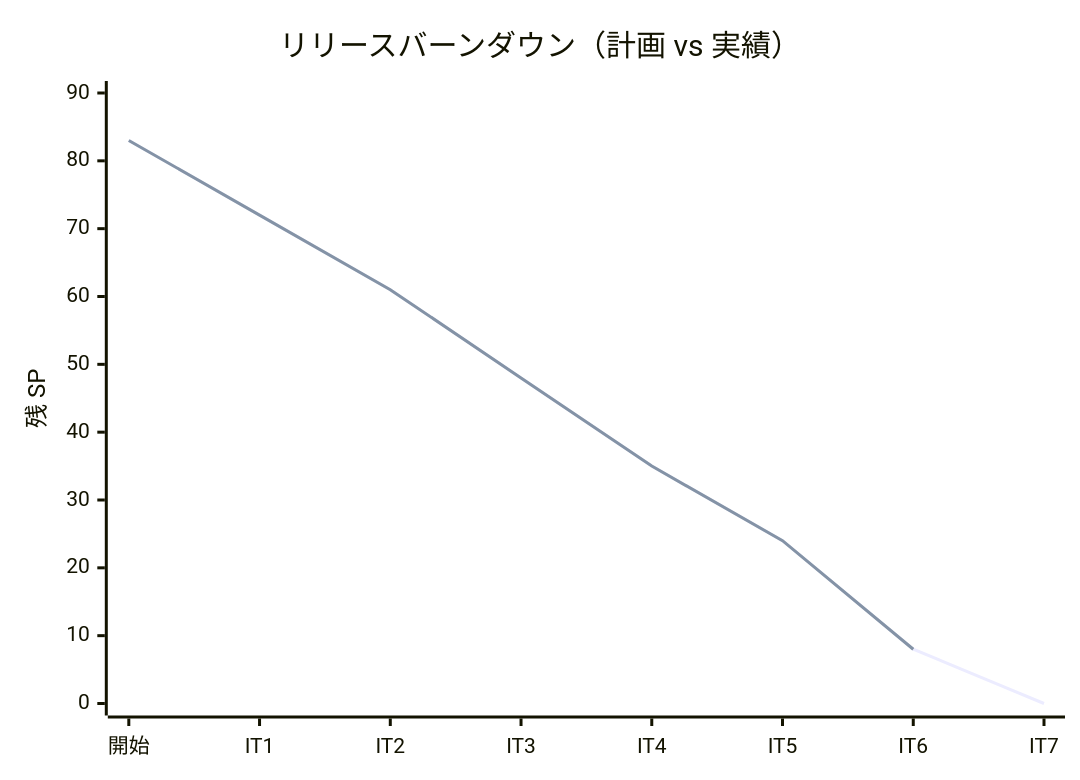
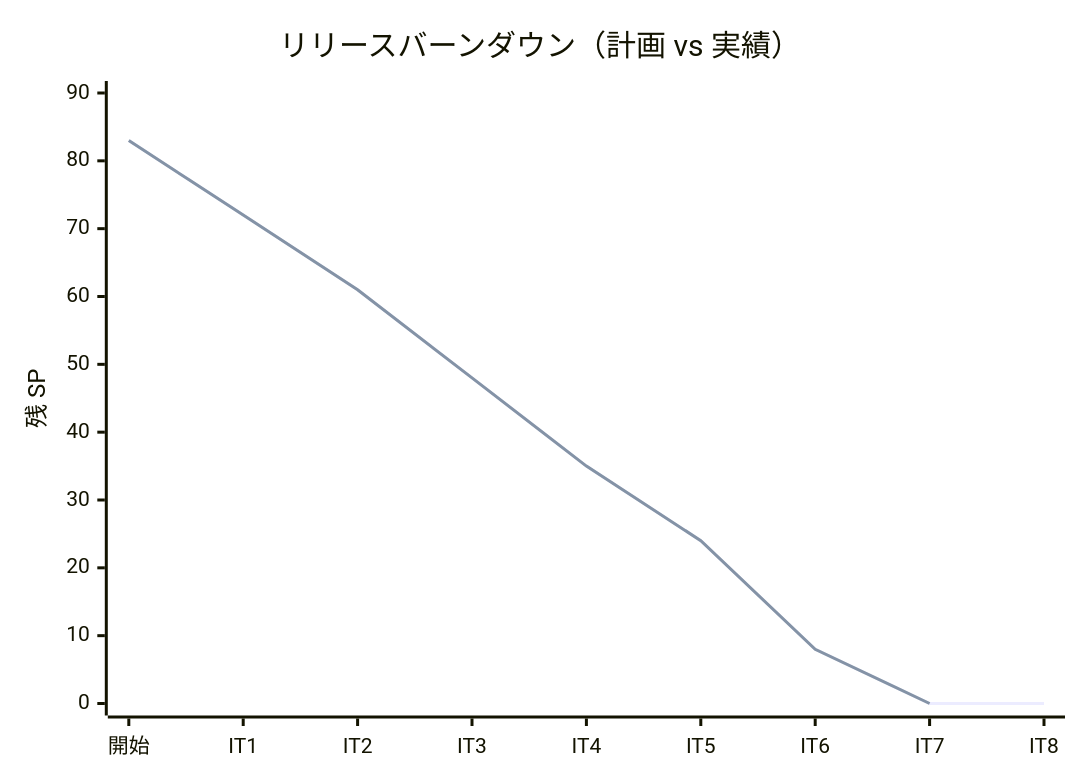
One commit to k2works/case-study-sdd-development changed the third of 3 diagrams in docs/development/release_plan.md. Above: the diagram before and after it, drawn with Mermaid. The commit also changed other lines of this file and 3 other files, not shown here.

````diff
--- a/docs/development/release_plan.md
+++ b/docs/development/release_plan.md
@@ -425,8 +447,8 @@
 ```mermaid
 xychart-beta
     title "リリースバーンダウン（計画 vs 実績）"
-    x-axis ["開始", "IT1", "IT2", "IT3", "IT4", "IT5", "IT6", "IT7"]
+    x-axis ["開始", "IT1", "IT2", "IT3", "IT4", "IT5", "IT6", "IT7", "IT8"]
     y-axis "残 SP" 0 --> 90
-    line "計画" [83, 72, 61, 48, 35, 24, 8, 0]
-    line "実績" [83, 72, 61, 48, 35, 24, 8]
+    line "計画" [83, 72, 61, 48, 35, 24, 8, 0, 0]
+    line "実績" [83, 72, 61, 48, 35, 24, 8, 0]
 ```
````
